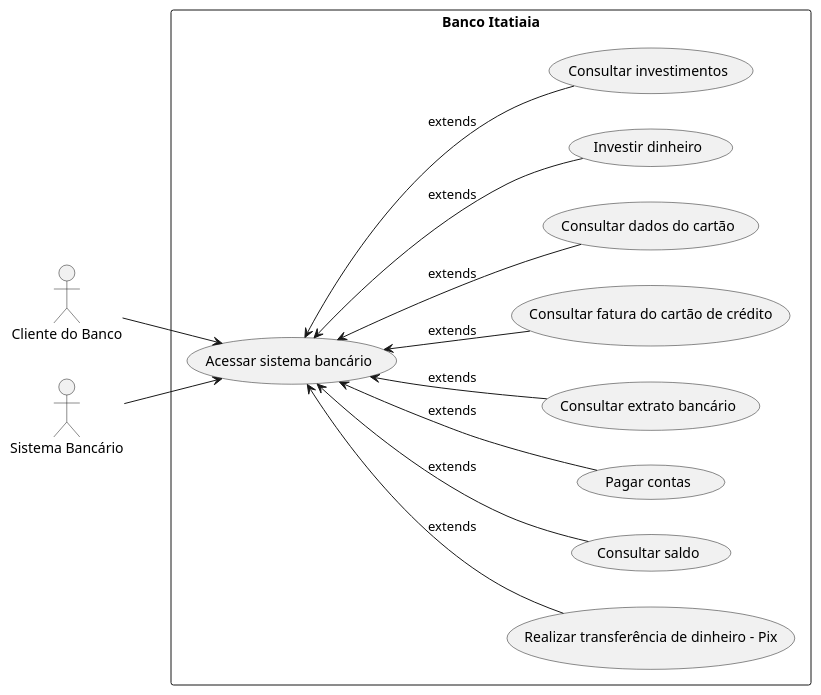
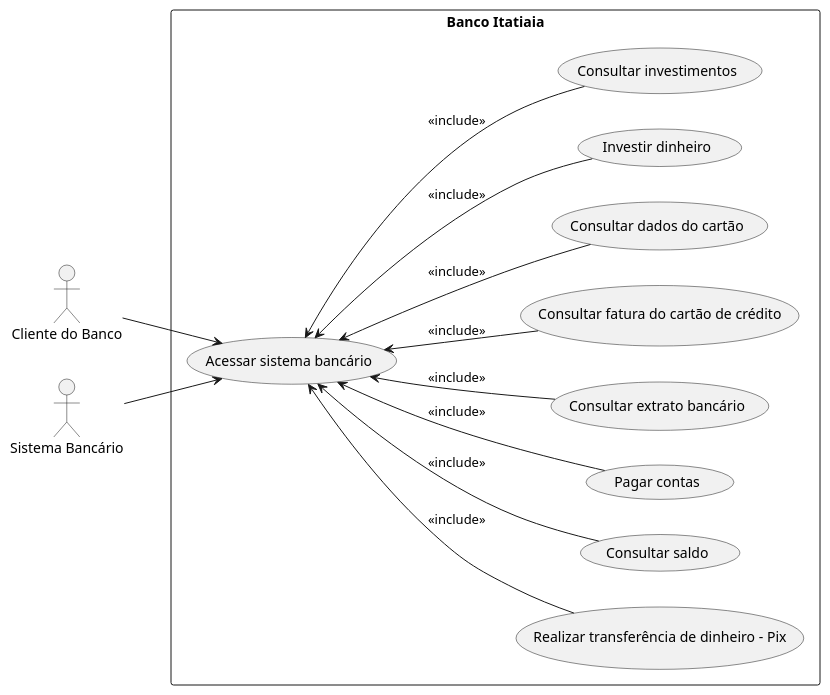
Before and after one commit to nogueiralegacy/sandbox: the diagram in ihc/casoDeUso/image/useCase.puml, drawn with PlantUML.

Commit message:
Caso de uso ihc

```diff
--- a/ihc/casoDeUso/image/useCase.puml
+++ b/ihc/casoDeUso/image/useCase.puml
@@ -1,34 +1,34 @@
 @startuml
 left to right direction
 
 actor "Cliente do Banco" as cb
 actor "Sistema Bancário" as sb
 
 rectangle "Banco Itatiaia" {
 
   usecase "Acessar sistema bancário" as UC1
   usecase "Realizar transferência de dinheiro - Pix" as UC2
   usecase "Consultar saldo" as UC3
   usecase "Pagar contas" as UC4
   usecase "Consultar extrato bancário" as UC5
   usecase "Consultar fatura do cartão de crédito" as UC6
   usecase "Consultar dados do cartão" as UC7
   usecase "Investir dinheiro" as UC8
   usecase "Consultar investimentos" as UC9
 
-  UC2 -up-> UC1 : extends
-  UC3 -up-> UC1 : extends
-  UC4 -up-> UC1 : extends
-  UC5 -up-> UC1 : extends
-  UC6 -up-> UC1 : extends
-  UC7 -up-> UC1 : extends
-  UC8 -up-> UC1 : extends
-  UC9 -up-> UC1 : extends
+  UC2 -up-> UC1 : <<include>>
+  UC3 -up-> UC1 : <<include>>
+  UC4 -up-> UC1 : <<include>>
+  UC5 -up-> UC1 : <<include>>
+  UC6 -up-> UC1 : <<include>>
+  UC7 -up-> UC1 : <<include>>
+  UC8 -up-> UC1 : <<include>>
+  UC9 -up-> UC1 : <<include>>
 
 }
 
 cb --> UC1
 
 sb --> UC1 
 
 @enduml
```
